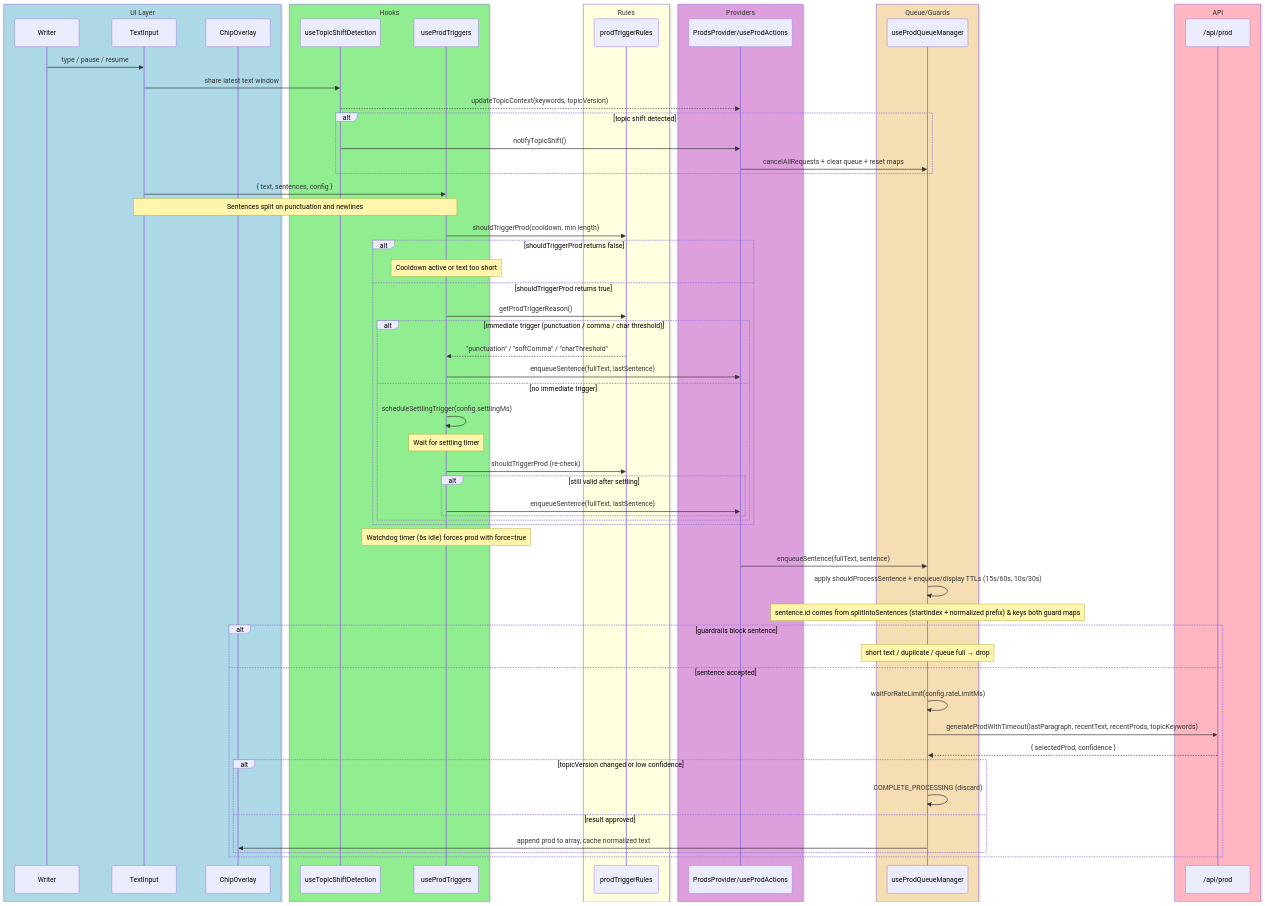
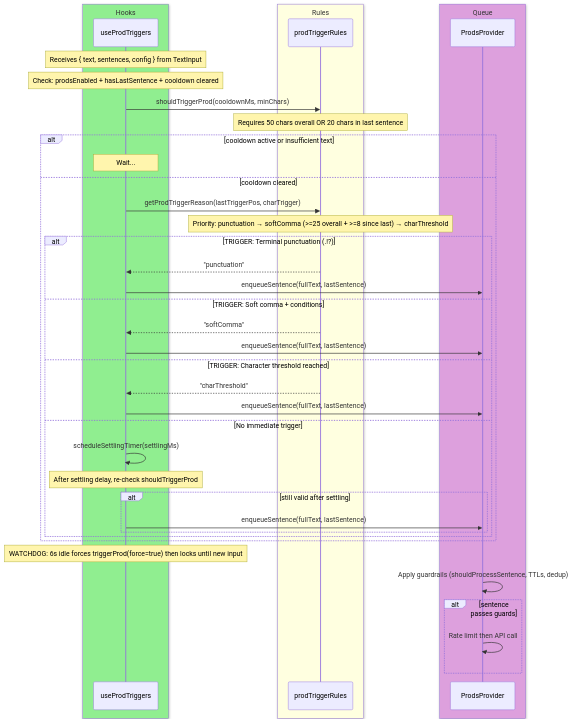
The diagram in docs/diagrams/prod-triggers.mmd (andreicstoica/refract), drawn with Mermaid before and after one commit.

Commit message:
docs(diagrams): simplify prod-triggers sequence diagram
Streamline the prod-triggers diagram to focus on core trigger flow:
- Remove unnecessary UI and provider layers
- Consolidate trigger rules and conditions
- Clarify trigger priorities: punctuation → softComma → charThreshold
- Emphasize watchdog timer behavior and guardrails

```diff
--- a/docs/diagrams/prod-triggers.mmd
+++ b/docs/diagrams/prod-triggers.mmd
@@ -1,76 +1,47 @@
 sequenceDiagram
-  box lightblue UI Layer
-    participant Writer
-    participant TextInput
-    participant Chips as ChipOverlay
-  end
   box lightgreen Hooks
-    participant Topic as useTopicShiftDetection
     participant Triggers as useProdTriggers
   end
   box lightyellow Rules
     participant Rules as prodTriggerRules
   end
-  box plum Providers
-    participant Actions as ProdsProvider/useProdActions
-  end
-  box wheat Queue/Guards
-    participant Guards as useProdQueueManager
-  end
-  box lightpink API
-    participant API as /api/prod
+  box plum Queue
+    participant Queue as ProdsProvider
   end
 
-  Writer->>TextInput: type / pause / resume
-  TextInput->>Topic: share latest text window
+  Note over Triggers: Receives { text, sentences, config } from TextInput
+  Note over Triggers: Check: prodsEnabled + hasLastSentence + cooldown cleared
   
-  Topic-->>Actions: updateTopicContext(keywords, topicVersion)
+  Triggers->>Rules: shouldTriggerProd(cooldownMs, minChars)
+  Note over Rules: Requires 50 chars overall OR 20 chars in last sentence
   
-  alt topic shift detected
-    Topic->>Actions: notifyTopicShift()
-    Actions->>Guards: cancelAllRequests + clear queue + reset maps
-  end
-  
-  TextInput->>Triggers: { text, sentences, config }
-  Note over TextInput,Triggers: Sentences split on punctuation and newlines
-  
-  Triggers->>Rules: shouldTriggerProd(cooldown, min length)
-  
-  alt shouldTriggerProd returns false
-    Note over Triggers: Cooldown active or text too short
-  else shouldTriggerProd returns true
-    Triggers->>Rules: getProdTriggerReason()
+  alt cooldown active or insufficient text
+    Note over Triggers: Wait...
+  else cooldown cleared
+    Triggers->>Rules: getProdTriggerReason(lastTriggerPos, charTrigger)
+    Note over Rules: Priority: punctuation → softComma (>=25 overall + >=8 since last) → charThreshold
     
-    alt immediate trigger (punctuation / comma / char threshold)
-      Rules-->>Triggers: "punctuation" / "softComma" / "charThreshold"
-      Triggers->>Actions: enqueueSentence(fullText, lastSentence)
-    else no immediate trigger
-      Triggers->>Triggers: scheduleSettlingTrigger(config.settlingMs)
-      Note over Triggers: Wait for settling timer
-      Triggers->>Rules: shouldTriggerProd (re-check)
+    alt TRIGGER: Terminal punctuation (.!?)
+      Rules-->>Triggers: "punctuation"
+      Triggers->>Queue: enqueueSentence(fullText, lastSentence)
+    else TRIGGER: Soft comma + conditions
+      Rules-->>Triggers: "softComma"
+      Triggers->>Queue: enqueueSentence(fullText, lastSentence)
+    else TRIGGER: Character threshold reached
+      Rules-->>Triggers: "charThreshold"
+      Triggers->>Queue: enqueueSentence(fullText, lastSentence)
+    else No immediate trigger
+      Triggers->>Triggers: scheduleSettlingTimer(settlingMs)
+      Note over Triggers: After settling delay, re-check shouldTriggerProd
       alt still valid after settling
-        Triggers->>Actions: enqueueSentence(fullText, lastSentence)
+        Triggers->>Queue: enqueueSentence(fullText, lastSentence)
       end
     end
   end
   
-  Note over Triggers: Watchdog timer (6s idle) forces prod with force=true
+  Note over Triggers: WATCHDOG: 6s idle forces triggerProd(force=true) then locks until new input
   
-  Actions->>Guards: enqueueSentence(fullText, sentence)
-  
-  Guards->>Guards: apply shouldProcessSentence + enqueue/display TTLs (15s/60s, 10s/30s)
-  Note over Guards: sentence.id comes from splitIntoSentences (startIndex + normalized prefix) & keys both guard maps
-  
-  alt guardrails block sentence
-    Note over Guards: short text / duplicate / queue full → drop
-  else sentence accepted
-    Guards->>Guards: waitForRateLimit(config.rateLimitMs)
-    Guards->>API: generateProdWithTimeout(lastParagraph, recentText, recentProds, topicKeywords)
-    API-->>Guards: { selectedProd, confidence }
-    
-    alt topicVersion changed or low confidence
-      Guards->>Guards: COMPLETE_PROCESSING (discard)
-    else result approved
-      Guards->>Chips: append prod to array, cache normalized text
-    end
+  Queue->>Queue: Apply guardrails (shouldProcessSentence, TTLs, dedup)
+  alt sentence passes guards
+    Queue->>Queue: Rate limit then API call
   end
```
